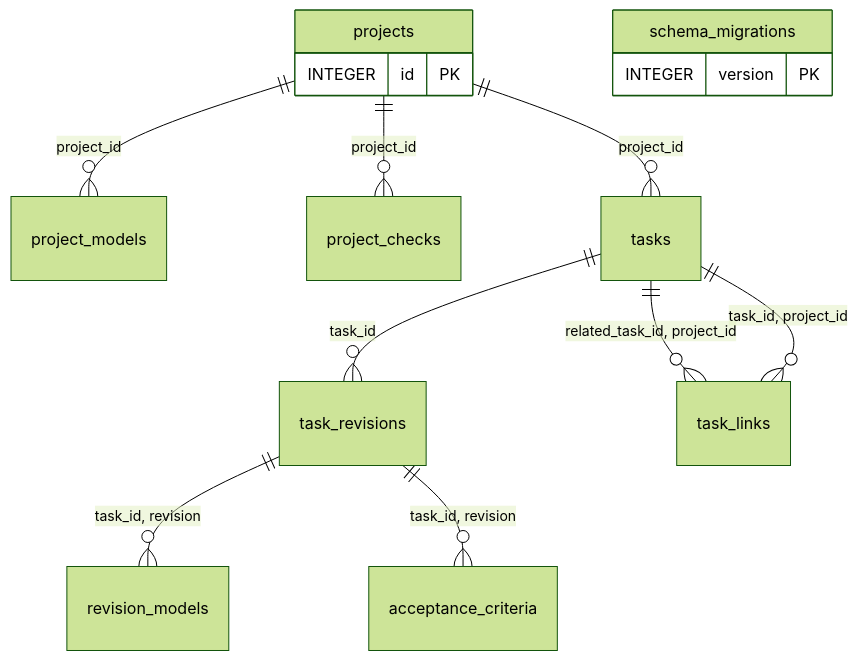
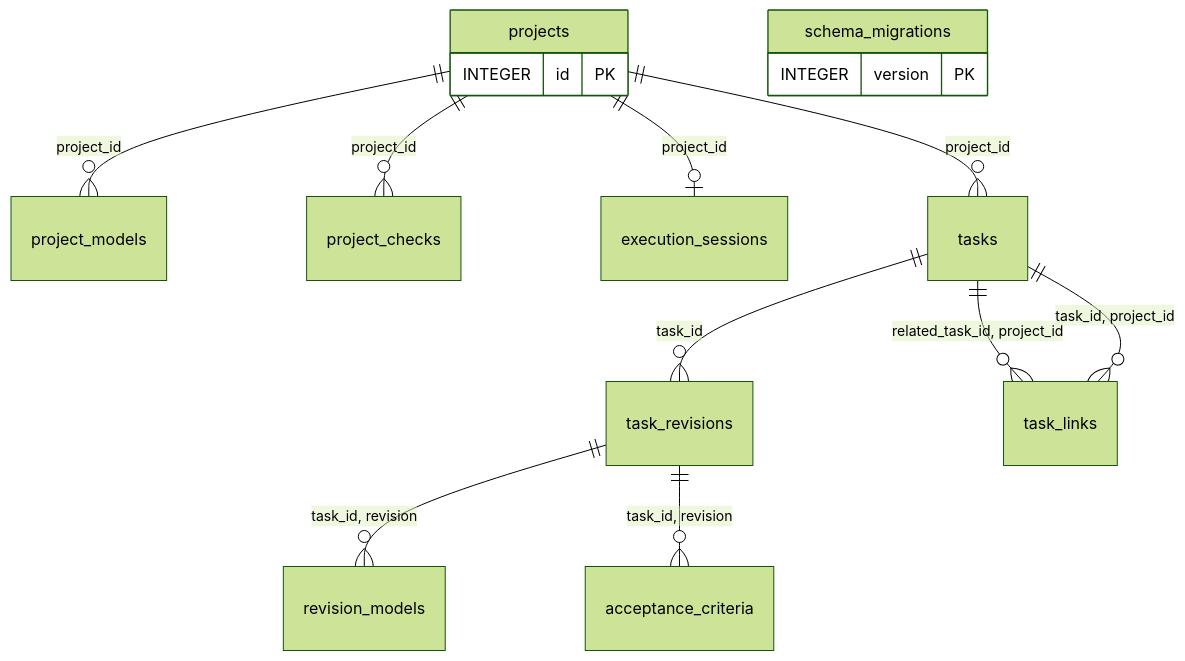
The first of 3 diagrams in docs/STORAGE.md (IllyaYalovyy/ktask-rs), drawn with Mermaid (forest theme) before and after one commit. The commit also changed other lines of this file and 23 other files, not shown here.

````diff
--- a/docs/STORAGE.md
+++ b/docs/STORAGE.md
@@ -81,17 +82,18 @@
 ```mermaid
 erDiagram
     projects {
         INTEGER id PK
     }
     projects ||--o{ project_models : "project_id"
     projects ||--o{ project_checks : "project_id"
+    projects ||--o| execution_sessions : "project_id"
     projects ||--o{ tasks : "project_id"
     tasks ||--o{ task_revisions : "task_id"
     task_revisions ||--o{ revision_models : "task_id, revision"
     task_revisions ||--o{ acceptance_criteria : "task_id, revision"
     tasks ||--o{ task_links : "related_task_id, project_id"
     tasks ||--o{ task_links : "task_id, project_id"
     schema_migrations {
         INTEGER version PK
     }
 ```
````
